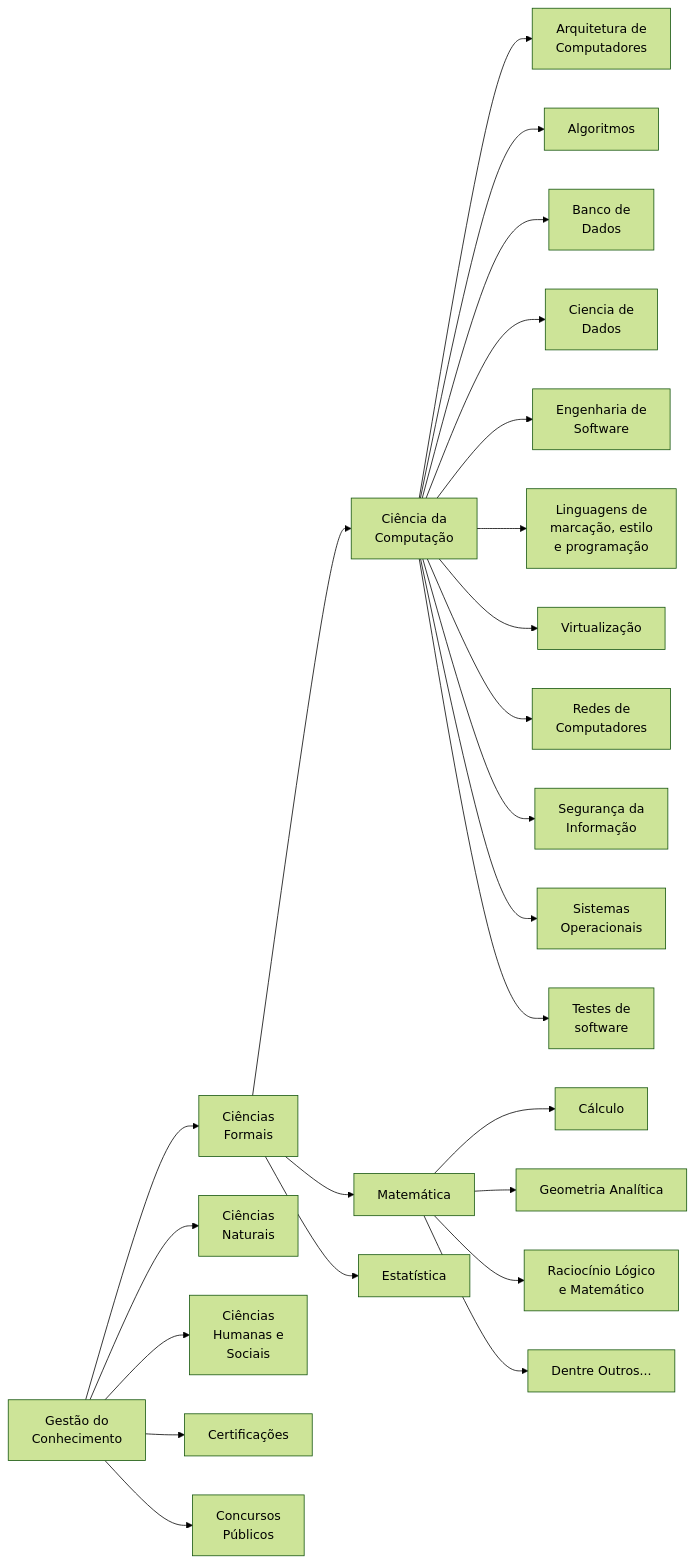
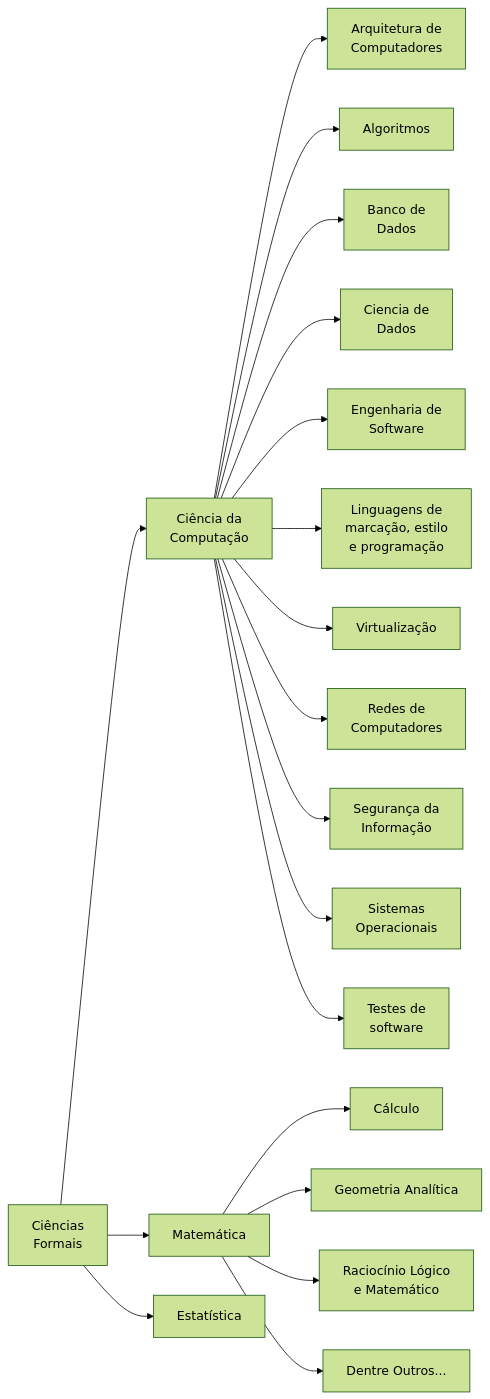
The fourth of 4 diagrams in README.md (dnlclaudino/gestao-do-conhecimento), drawn with Mermaid (forest theme) before and after one commit. The commit also changed other lines of this file, not shown here.

````diff
--- a/README.md
+++ b/README.md
@@ -70,26 +79,21 @@
 ```mermaid
 graph LR;
-A[Gestão do<br>Conhecimento ]-->CF[Ciências<br>Formais];
-  A-->C[Ciências<br>Naturais];
-  A-->D[Ciências<br>Humanas e<br>Sociais]
-  A-->E[Certificações];
-  A-->F[Concursos<br>Públicos];
-  CF-->CC[Ciência da<br>Computação];
+  CF[Ciências<br>Formais]-->CC[Ciência da<br>Computação];
         CC-->AC[Arquitetura de<br>Computadores];
         CC-->ALG[Algoritmos];
         CC-->BD[Banco de<br>Dados];
         CC-->CD[Ciencia de<br>Dados];
         CC-->ES[Engenharia de<br>Software];
         CC-->LMEP[Linguagens de<br>marcação, estilo<br>e programação];
         CC-->VIRT[Virtualização];
         CC-->RC[Redes de<br>Computadores];
         CC-->SI[Segurança da<br>Informação];
         CC-->SO[Sistemas<br>Operacionais];
         CC-->TS[Testes de<br>software];
   CF-->MAT[Matemática];
        MAT-->CALC[Cálculo];
        MAT-->GA[Geometria Analítica];
        MAT-->RL[Raciocínio Lógico<br>e Matemático];
        MAT-->DO[Dentre Outros...];
   CF-->ESTAT[Estatística];
 ```
````
